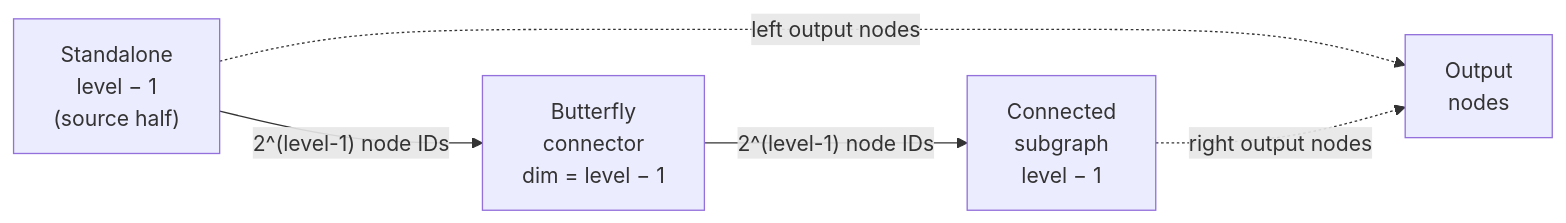
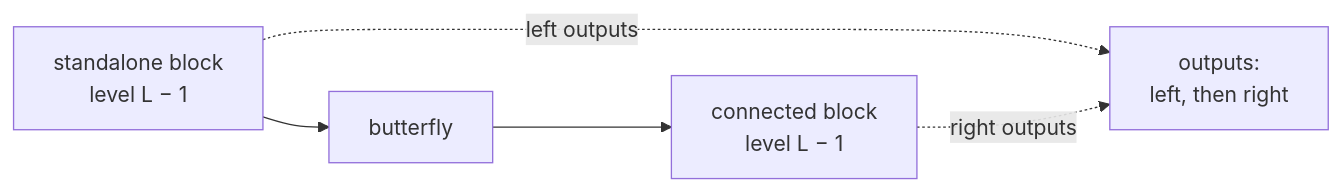
The third of 4 diagrams in docs/labeling-explained.md (Amodo-Design/PoSE-Memory-Wiping), drawn with Mermaid before and after one commit. The commit also changed other lines of this file and 276 other files, not shown here.

````diff
--- a/docs/labeling-explained.md
+++ b/docs/labeling-explained.md
@@ -158,12 +227,7 @@
 ```mermaid
 flowchart LR
-    SRC["Standalone\nlevel − 1\n(source half)"]
-    BF["Butterfly\nconnector\ndim = level − 1"]
-    CON["Connected\nsubgraph\nlevel − 1"]
-
-    SRC -->|"2^(level-1) node IDs"| BF
-    BF -->|"2^(level-1) node IDs"| CON
-
-    SRC -.->|"left output nodes"| OUT["Output\nnodes"]
-    CON -.->|"right output nodes"| OUT
+    SA["standalone block<br/>level L − 1"] --> BF["butterfly"]
+    BF --> CON["connected block<br/>level L − 1"]
+    SA -. "left outputs" .-> OUT["outputs:<br/>left, then right"]
+    CON -. "right outputs" .-> OUT
 ```
````
